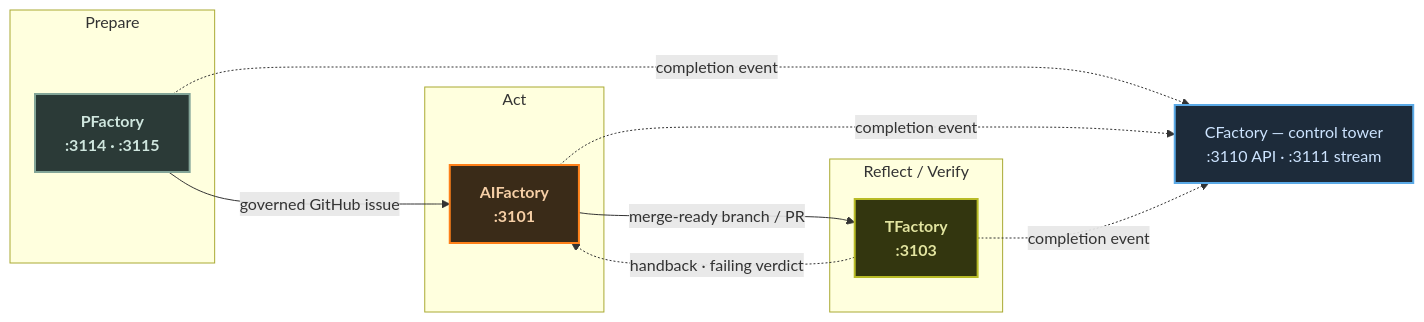
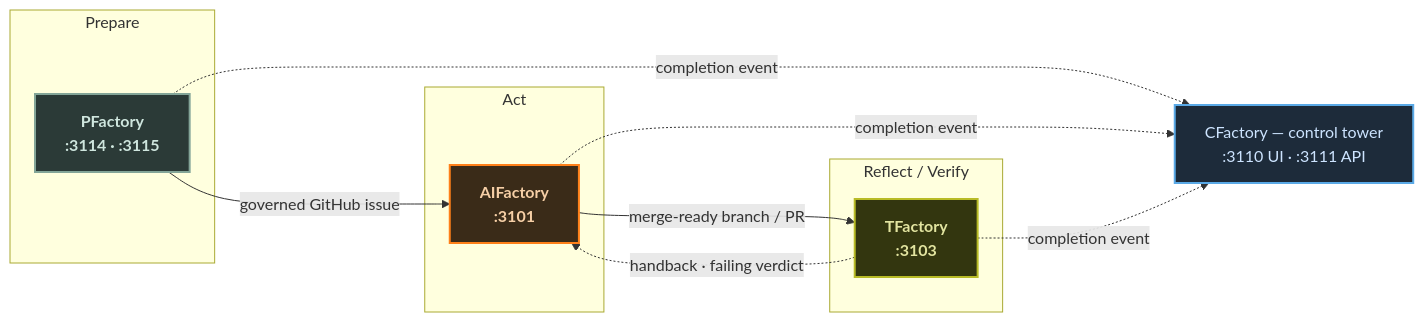
Before and after one commit to olafkfreund/Factory: the first of 3 diagrams in docs/architecture.md, drawn with Mermaid. The commit also changed 8 other files, not shown here.

```diff
--- a/docs/architecture.md
+++ b/docs/architecture.md
@@ -20,31 +20,31 @@
 <div class="mermaid">
 flowchart LR
     subgraph P[" Prepare"]
         PF["PFactory<br/>:3114 · :3115"]
     end
     subgraph A[" Act"]
         AF["AIFactory<br/>:3101"]
     end
     subgraph R[" Reflect / Verify"]
         TF["TFactory<br/>:3103"]
     end
 
     PF -- "governed GitHub issue" --> AF
     AF -- "merge-ready branch / PR" --> TF
     TF -. "handback · failing verdict" .-> AF
 
-    CF[" CFactory — control tower<br/>:3110 API · :3111 stream"]
+    CF[" CFactory — control tower<br/>:3110 UI · :3111 API"]
     PF -. "completion event" .-> CF
     AF -. "completion event" .-> CF
     TF -. "completion event" .-> CF
 
     classDef tower fill:#1d2b3a,stroke:#5aa9e6,stroke-width:2px,color:#cde4ff;
     class CF tower;
     classDef pf fill:#2b3a37,stroke:#83a598,stroke-width:2px,color:#cfe6de,font-weight:bold;
     classDef af fill:#3a2b18,stroke:#fe8019,stroke-width:2px,color:#f6cfa6,font-weight:bold;
     classDef tf fill:#33360f,stroke:#b8bb26,stroke-width:2px,color:#e2e4a0,font-weight:bold;
     classDef cf fill:#3a3115,stroke:#fabd2f,stroke-width:2px,color:#f6dd98,font-weight:bold;
         class PF pf;
         class AF af;
         class TF tf;
 </div>
```
